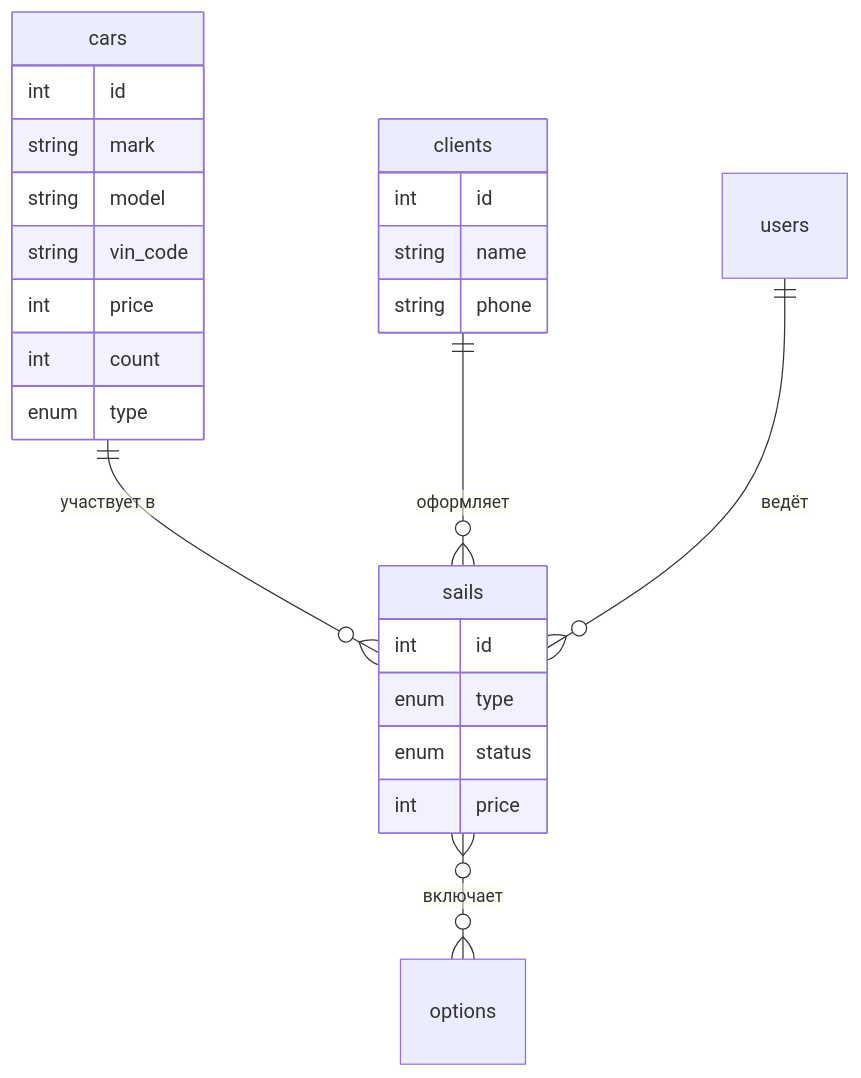
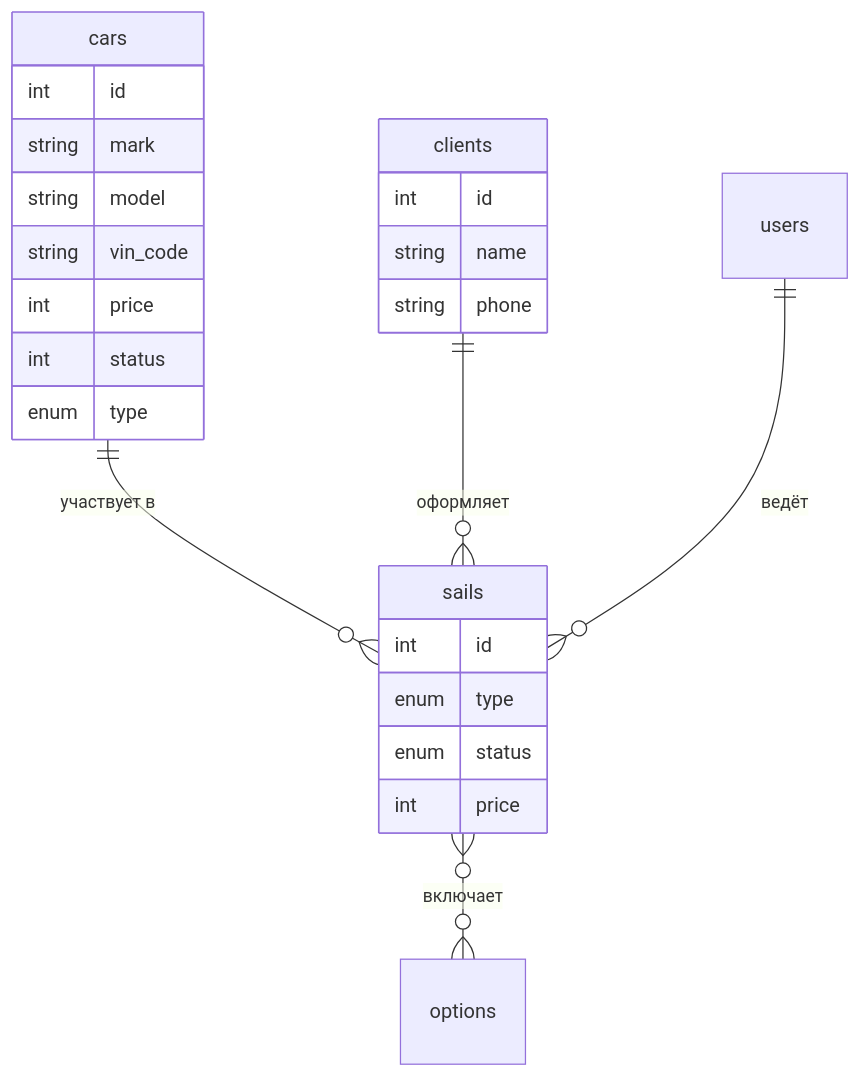
One commit to AndrushkaKoder/course_work changed the second of 2 diagrams in README.md. Above: the diagram before and after it, drawn with Mermaid. The commit also changed other lines of this file and 32 other files, not shown here.

````diff
--- a/README.md
+++ b/README.md
@@ -205,30 +211,30 @@
 ```mermaid
 erDiagram
     cars ||--o{ sails : "участвует в"
     clients ||--o{ sails : "оформляет"
     users ||--o{ sails : "ведёт"
     sails }o--o{ options : "включает"
 
     cars {
         int id
         string mark
         string model
         string vin_code
         int price
-        int count
+        int status
         enum type
     }
 
     clients {
         int id
         string name
         string phone
     }
 
     sails {
         int id
         enum type
         enum status
         int price
     }
 ```
````
